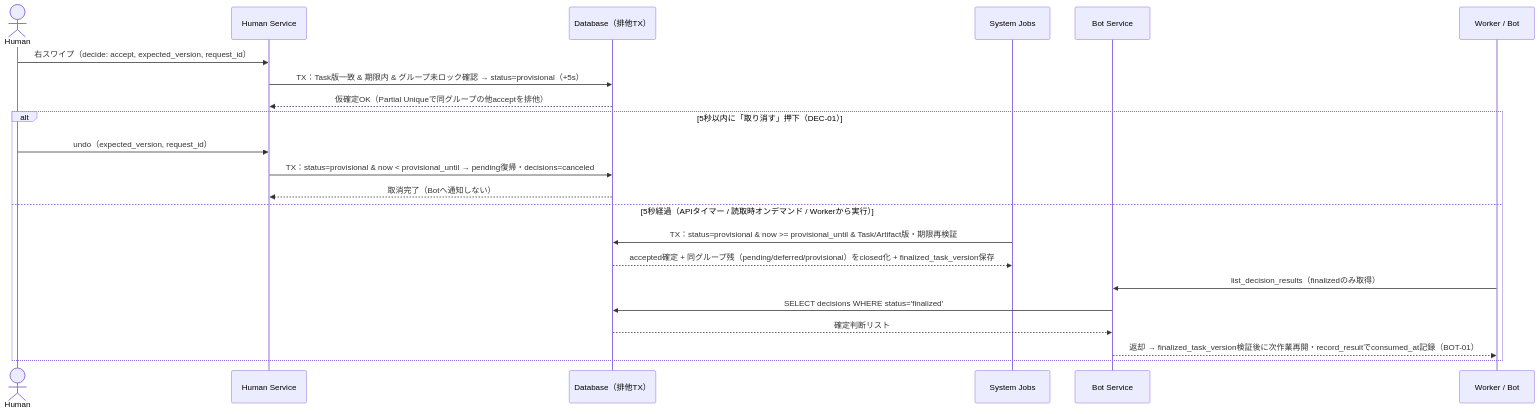
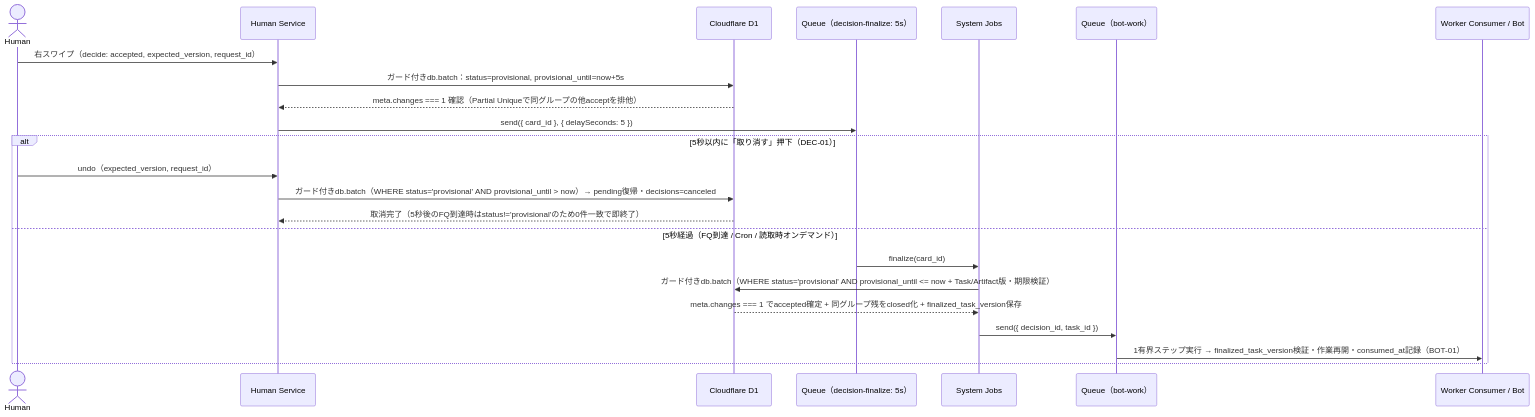
One commit to kkyosuke/bot-board changed the fourth of 4 diagrams in docs/data-and-state.md. Above: the diagram before and after it, drawn with Mermaid. The commit also changed other lines of this file and 4 other files, not shown here.

````diff
--- a/docs/data-and-state.md
+++ b/docs/data-and-state.md
@@ -104,26 +117,27 @@
 ```mermaid
 sequenceDiagram
   actor H as Human
   participant HS as Human Service
-  participant DB as Database（排他TX）
+  participant D1 as Cloudflare D1
+  participant FQ as Queue（decision-finalize: 5s）
   participant SJ as System Jobs
-  participant BS as Bot Service
-  participant WK as Worker / Bot
+  participant BQ as Queue（bot-work）
+  participant WK as Worker Consumer / Bot
 
-  H->>HS: 右スワイプ（decide: accept, expected_version, request_id）
-  HS->>DB: TX：Task版一致 & 期限内 & グループ未ロック確認 → status=provisional（+5s）
-  DB-->>HS: 仮確定OK（Partial Uniqueで同グループの他acceptを排他）
+  H->>HS: 右スワイプ（decide: accepted, expected_version, request_id）
+  HS->>D1: ガード付きdb.batch：status=provisional, provisional_until=now+5s
+  D1-->>HS: meta.changes === 1 確認（Partial Uniqueで同グループの他acceptを排他）
+  HS->>FQ: send({ card_id }, { delaySeconds: 5 })
 
   alt 5秒以内に「取り消す」押下（DEC-01）
     H->>HS: undo（expected_version, request_id）
-    HS->>DB: TX：status=provisional & now < provisional_until → pending復帰・decisions=canceled
-    DB-->>HS: 取消完了（Botへ通知しない）
-  else 5秒経過（APIタイマー / 読取時オンデマンド / Workerから実行）
-    SJ->>DB: TX：status=provisional & now >= provisional_until & Task/Artifact版・期限再検証
-    DB-->>SJ: accepted確定 + 同グループ残（pending/deferred/provisional）をclosed化 + finalized_task_version保存
-    WK->>BS: list_decision_results（finalizedのみ取得）
-    BS->>DB: SELECT decisions WHERE status='finalized'
-    DB-->>BS: 確定判断リスト
-    BS-->>WK: 返却 → finalized_task_version検証後に次作業再開・record_resultでconsumed_at記録（BOT-01）
+    HS->>D1: ガード付きdb.batch（WHERE status='provisional' AND provisional_until > now）→ pending復帰・decisions=canceled
+    D1-->>HS: 取消完了（5秒後のFQ到達時はstatus!='provisional'のため0件一致で即終了）
+  else 5秒経過（FQ到達 / Cron / 読取時オンデマンド）
+    FQ->>SJ: finalize(card_id)
+    SJ->>D1: ガード付きdb.batch（WHERE status='provisional' AND provisional_until <= now + Task/Artifact版・期限検証）
+    D1-->>SJ: meta.changes === 1 でaccepted確定 + 同グループ残をclosed化 + finalized_task_version保存
+    SJ->>BQ: send({ decision_id, task_id })
+    BQ->>WK: 1有界ステップ実行 → finalized_task_version検証・作業再開・consumed_at記録（BOT-01）
   end
 ```
````
